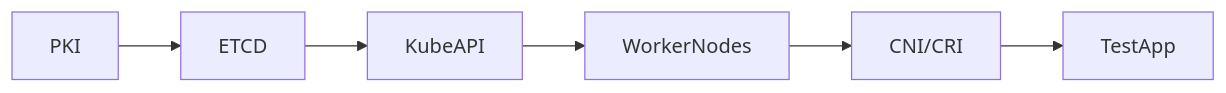
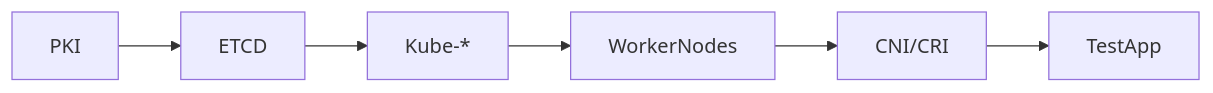
One commit to pavbjj/build-k8s-ansible changed the second of 2 diagrams in README.md. Above: the diagram before and after it, drawn with Mermaid.

Commit message:
added mermaid diagram

````diff
--- a/README.md
+++ b/README.md
@@ -92,4 +92,4 @@
 ```mermaid
 flowchart LR
-PKI --> ETCD --> KubeAPI --> WorkerNodes --> CNI/CRI --> TestApp
+PKI --> ETCD --> Kube-* --> WorkerNodes --> CNI/CRI --> TestApp
 ```
````
